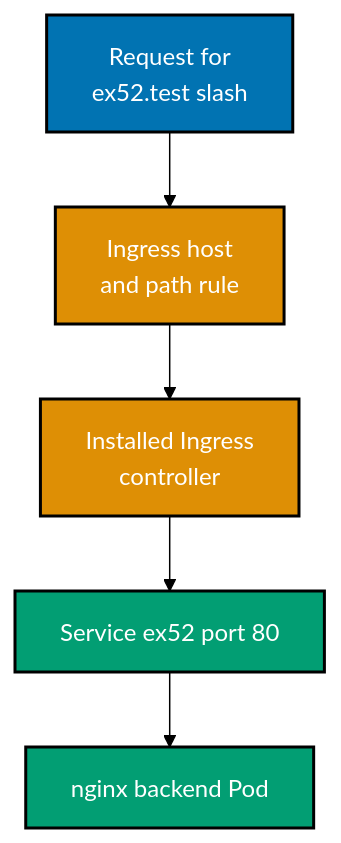
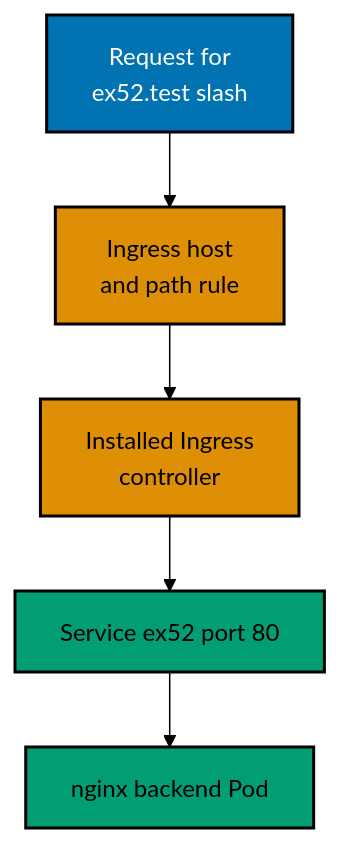
Diagram 14 of 17 in apps/ayokoding-www/content/en/learn/courses/containers-and-orchestration/learning/intermediate.md (wahidyankf/ose-public), drawn with Mermaid (forest theme) before and after one commit. The commit also changed other lines of this file and 144 other files, not shown here.

First line of the commit message:
fix(mermaid): bring the first half of the courses diagrams onto the accessible palette

````diff
--- a/apps/ayokoding-www/content/en/learn/courses/containers-and-orchestration/learning/intermediate.md
+++ b/apps/ayokoding-www/content/en/learn/courses/containers-and-orchestration/learning/intermediate.md
@@ -1033,14 +1072,17 @@
 ```mermaid
 %% Color Palette: Blue #0173B2, Orange #DE8F05, Teal #029E73; color-blind friendly WCAG AA palette
 %% TD expresses the sequential external request path through the configured data plane.
 graph TD
+    accTitle: Example 52: Ingress manifest
+    accDescr: Graph with 5 nodes and 4 connections. Nodes: Request for ex52.test slash, Ingress host and path rule, Installed Ingress controller, Service ex52 port 80, nginx backend Pod. Connections: Request for ex52.test slash to Ingress host and path rule, Ingress host and path rule to Installed Ingress controller, Installed Ingress controller to Service ex52 port 80, Service ex52 port 80 to nginx backend Pod.
     R["Request for<br/>ex52.test slash"]:::blue
     I["Ingress host<br/>and path rule"]:::orange
     C["Installed Ingress<br/>controller"]:::orange
     S["Service ex52 port 80"]:::teal
     P["nginx backend Pod"]:::teal
     R --> I --> C --> S --> P
     classDef blue fill:#0173B2,stroke:#000000,color:#FFFFFF,stroke-width:2px
-    classDef teal fill:#029E73,stroke:#000000,color:#FFFFFF,stroke-width:2px
-    classDef orange fill:#DE8F05,stroke:#000000,color:#FFFFFF,stroke-width:2px
+    classDef teal fill:#029E73,stroke:#000000,color:#000000,stroke-width:2px
+    classDef orange fill:#DE8F05,stroke:#000000,color:#000000,stroke-width:2px
+    classDef default fill:#FFFFFF,stroke:#000000,color:#000000
 ```
````
